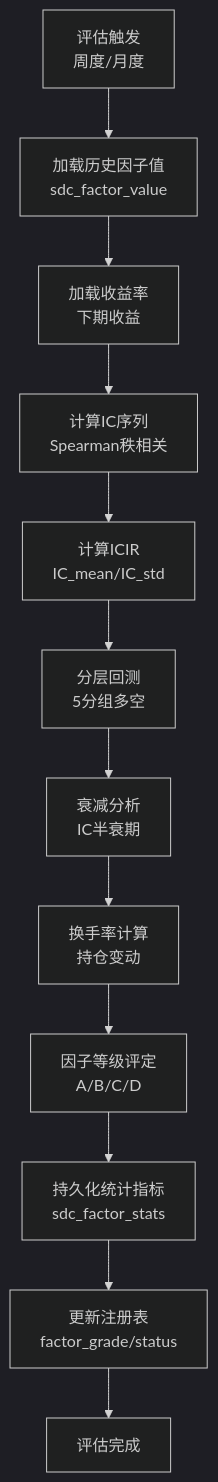
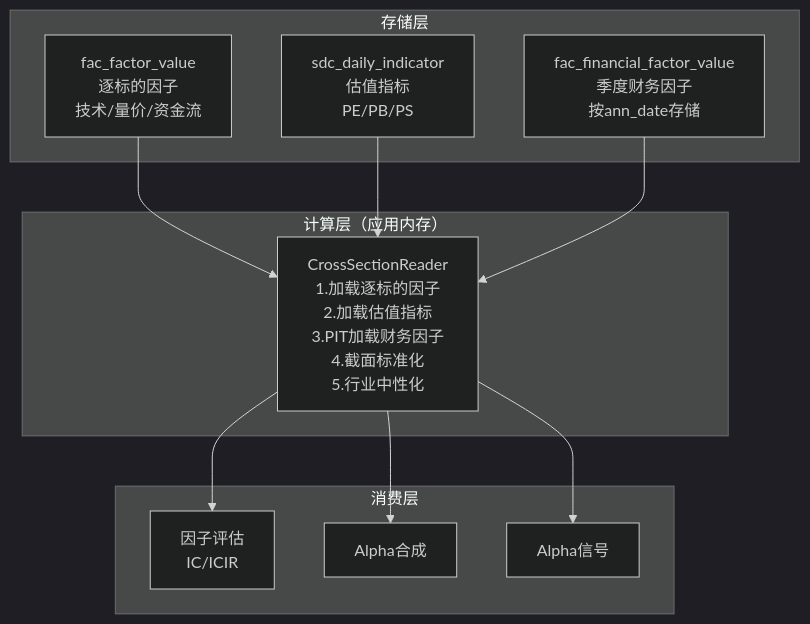
The sixth of 31 diagrams in docs/factor-architecture.md (bitiany/xq-trader), drawn with Mermaid (dark theme) before and after one commit. The commit also changed other lines of this file and 35 other files, not shown here.

````diff
--- a/docs/factor-architecture.md
+++ b/docs/factor-architecture.md
@@ -215,14 +323,25 @@
 ```mermaid
 flowchart TD
-    START[评估触发<br/>周度/月度] --> LOAD_HIST[加载历史因子值<br/>sdc_factor_value]
-    LOAD_HIST --> LOAD_RET[加载收益率<br/>下期收益]
-    LOAD_RET --> CALC_IC[计算IC序列<br/>Spearman秩相关]
-    CALC_IC --> CALC_ICIR[计算ICIR<br/>IC_mean/IC_std]
-    CALC_ICIR --> CALC_LAYER[分层回测<br/>5分组多空]
-    CALC_LAYER --> CALC_DECAY[衰减分析<br/>IC半衰期]
-    CALC_DECAY --> CALC_TURNOVER[换手率计算<br/>持仓变动]
-    CALC_TURNOVER --> GRADE[因子等级评定<br/>A/B/C/D]
-    GRADE --> PERSIST_STATS[持久化统计指标<br/>sdc_factor_stats]
-    PERSIST_STATS --> UPDATE_REGISTRY[更新注册表<br/>factor_grade/status]
-    UPDATE_REGISTRY --> END[评估完成]
+    subgraph "存储层"
+        FV[fac_factor_value<br/>逐标的因子<br/>技术/量价/资金流]
+        DI[sdc_daily_indicator<br/>估值指标<br/>PE/PB/PS]
+        FFV[fac_financial_factor_value<br/>季度财务因子<br/>按ann_date存储]
+    end
+
+    subgraph "计算层（应用内存）"
+        CSR[CrossSectionReader<br/>1.加载逐标的因子<br/>2.加载估值指标<br/>3.PIT加载财务因子<br/>4.截面标准化<br/>5.行业中性化]
+    end
+
+    subgraph "消费层"
+        EVAL[因子评估<br/>IC/ICIR]
+        SYNTH[Alpha合成]
+        SIGNAL[Alpha信号]
+    end
+
+    FV --> CSR
+    DI --> CSR
+    FFV --> CSR
+    CSR --> EVAL
+    CSR --> SYNTH
+    CSR --> SIGNAL
 ```
````
